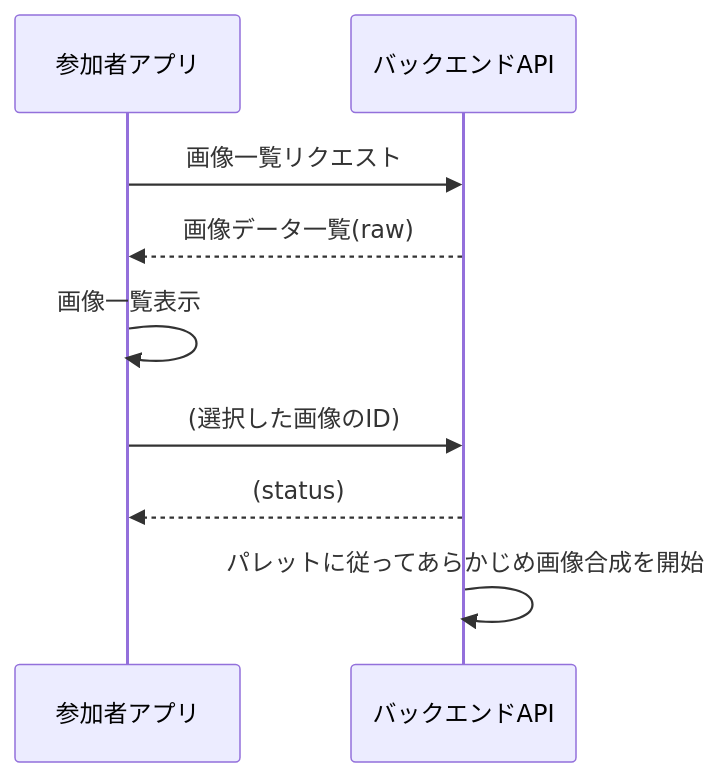
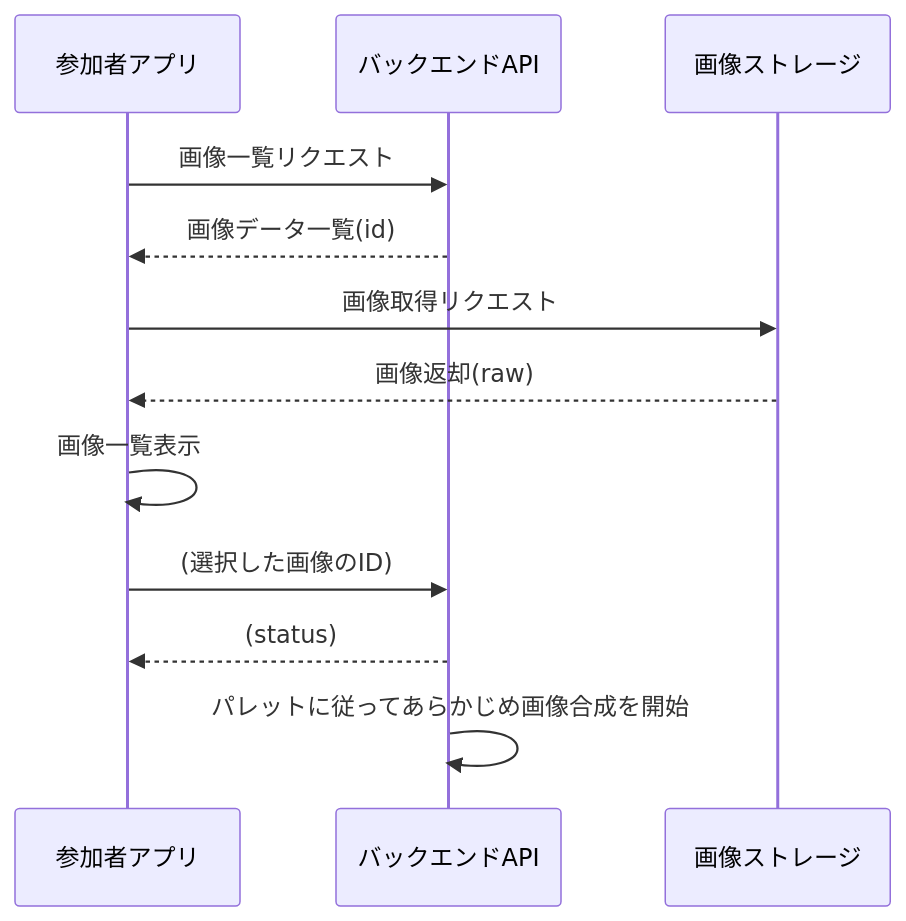
Before and after one commit to after-school-garbage-squad/repaint-architecture: the third of 9 diagrams in docs/sequence/mobile.md, drawn with Mermaid. The commit also changed other lines of this file, not shown here.

Commit message:
fix: change image raw to id

````diff
--- a/docs/sequence/mobile.md
+++ b/docs/sequence/mobile.md
@@ -35,12 +35,15 @@
 ```mermaid
 sequenceDiagram
     participant app as 参加者アプリ
     participant back as バックエンドAPI
+    participant storage as 画像ストレージ
     app ->> back: 画像一覧リクエスト
-    back -->> app: 画像データ一覧(raw)
+    back -->> app: 画像データ一覧(id)
+    app ->> storage: 画像取得リクエスト
+    storage -->> app: 画像返却(raw)
     app ->> app: 画像一覧表示
     app ->> back: (選択した画像のID)
     back -->> app: (status)
     back ->> back: パレットに従ってあらかじめ画像合成を開始
 
 ```
````
